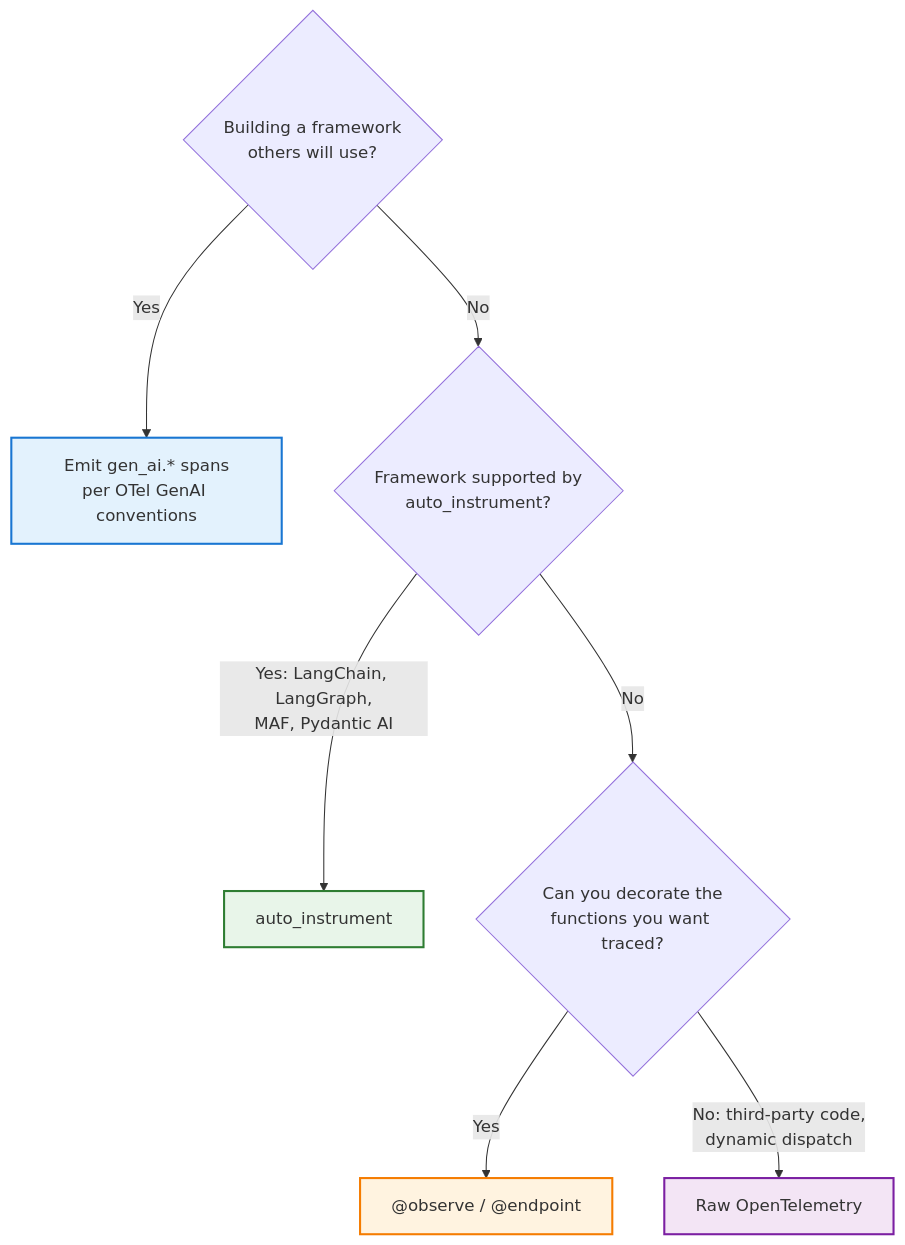
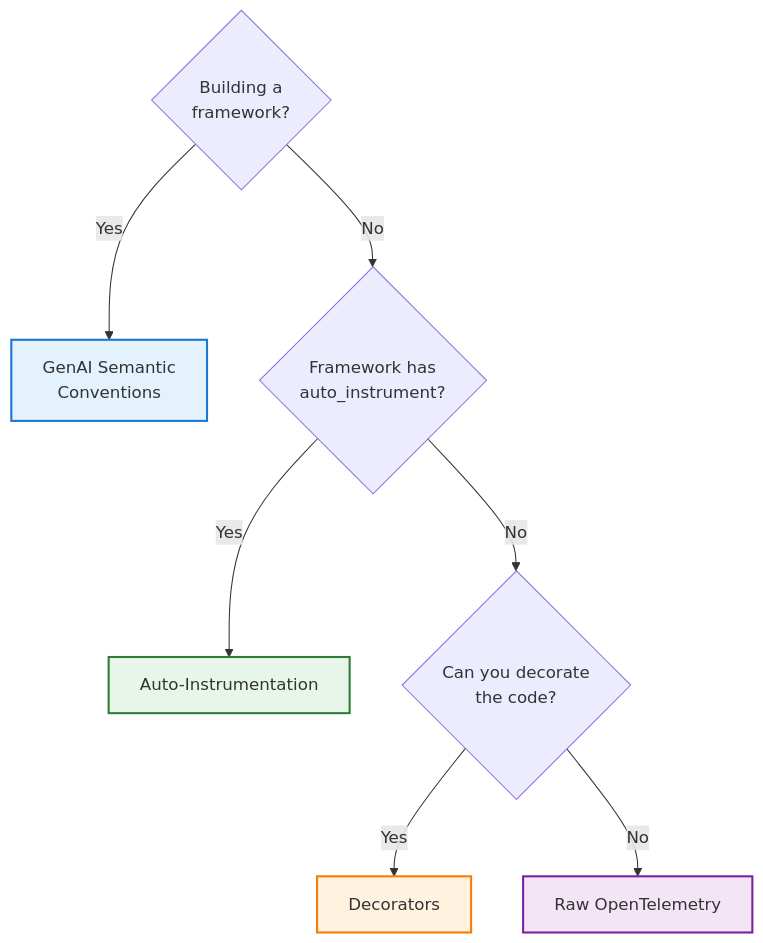
One commit to rhesis-ai/rhesis changed the diagram in docs/content/guides/telemetry-configuration/index.mdx. Above: the diagram before and after it, drawn with Mermaid. The commit also changed other lines of this file, not shown here.

Commit message:
docs: shrink decision-tree diagram nodes in telemetry guide
Diamond decision nodes were sized to long wrapped question text and
edge labels, making the diagram bulky. Shorten node text and edge
labels since the table right below already carries the full detail
(frameworks, code changes).

````diff
--- a/docs/content/guides/telemetry-configuration/index.mdx
+++ b/docs/content/guides/telemetry-configuration/index.mdx
@@ -44,15 +44,15 @@
 ```mermaid
 flowchart TD
-    Q1{Building a framework<br/>others will use?}
-    Q1 -->|Yes| GENAI[Emit gen_ai.* spans<br/>per OTel GenAI conventions]
-    Q1 -->|No| Q2{Framework supported by<br/>auto_instrument?}
-    Q2 -->|"Yes: LangChain, LangGraph,<br/>MAF, Pydantic AI"| AUTO[auto_instrument]
-    Q2 -->|No| Q3{Can you decorate the<br/>functions you want traced?}
-    Q3 -->|Yes| DEC["@observe / @endpoint"]
-    Q3 -->|"No: third-party code,<br/>dynamic dispatch"| RAW[Raw OpenTelemetry]
+    Q1{Building a<br/>framework?}
+    Q1 -->|Yes| GENAI[GenAI Semantic<br/>Conventions]
+    Q1 -->|No| Q2{Framework has<br/>auto_instrument?}
+    Q2 -->|Yes| AUTO[Auto-Instrumentation]
+    Q2 -->|No| Q3{Can you decorate<br/>the code?}
+    Q3 -->|Yes| DEC[Decorators]
+    Q3 -->|No| RAW[Raw OpenTelemetry]
 
     style GENAI fill:#e3f2fd,stroke:#1976d2,stroke-width:2px
     style AUTO fill:#e8f5e9,stroke:#2e7d32,stroke-width:2px
     style DEC fill:#fff3e0,stroke:#f57c00,stroke-width:2px
     style RAW fill:#f3e5f5,stroke:#7b1fa2,stroke-width:2px
 ```
````
